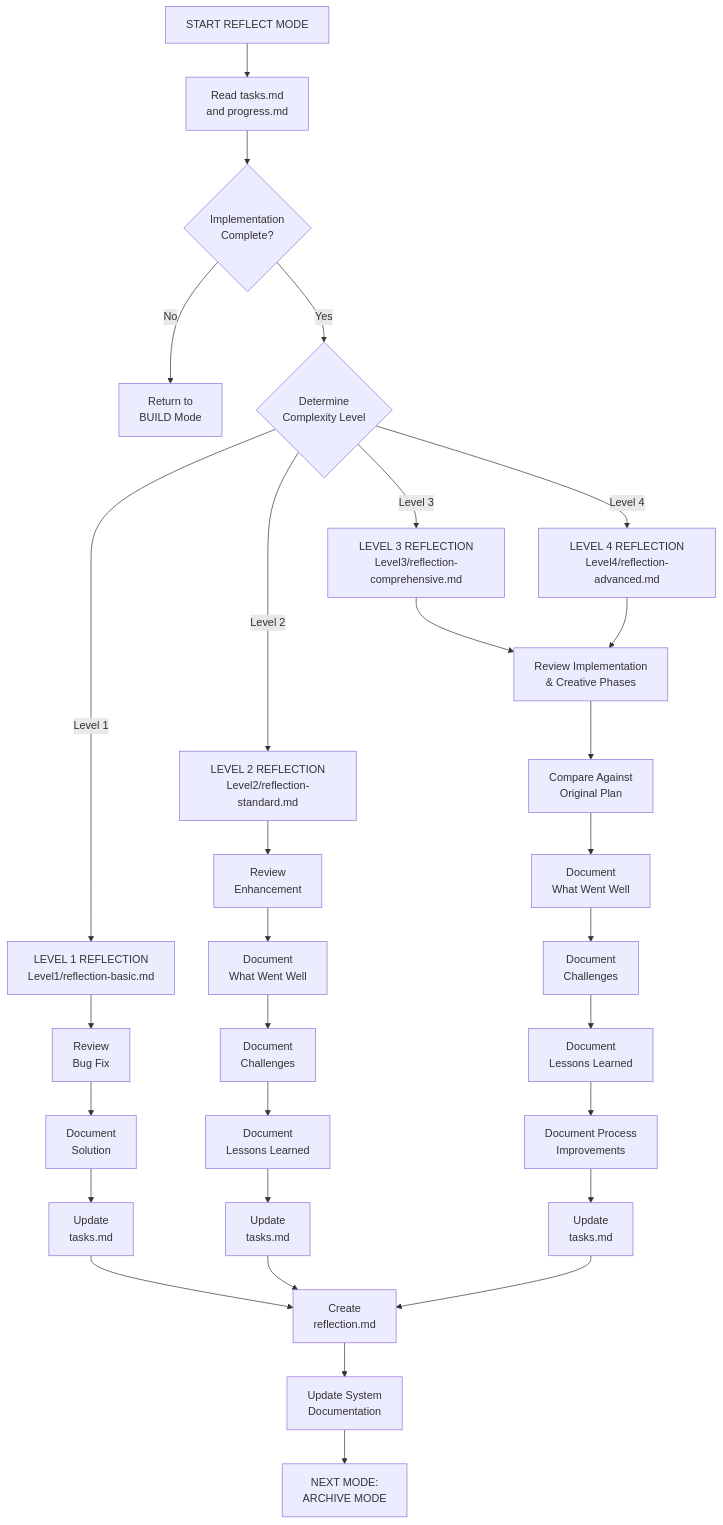
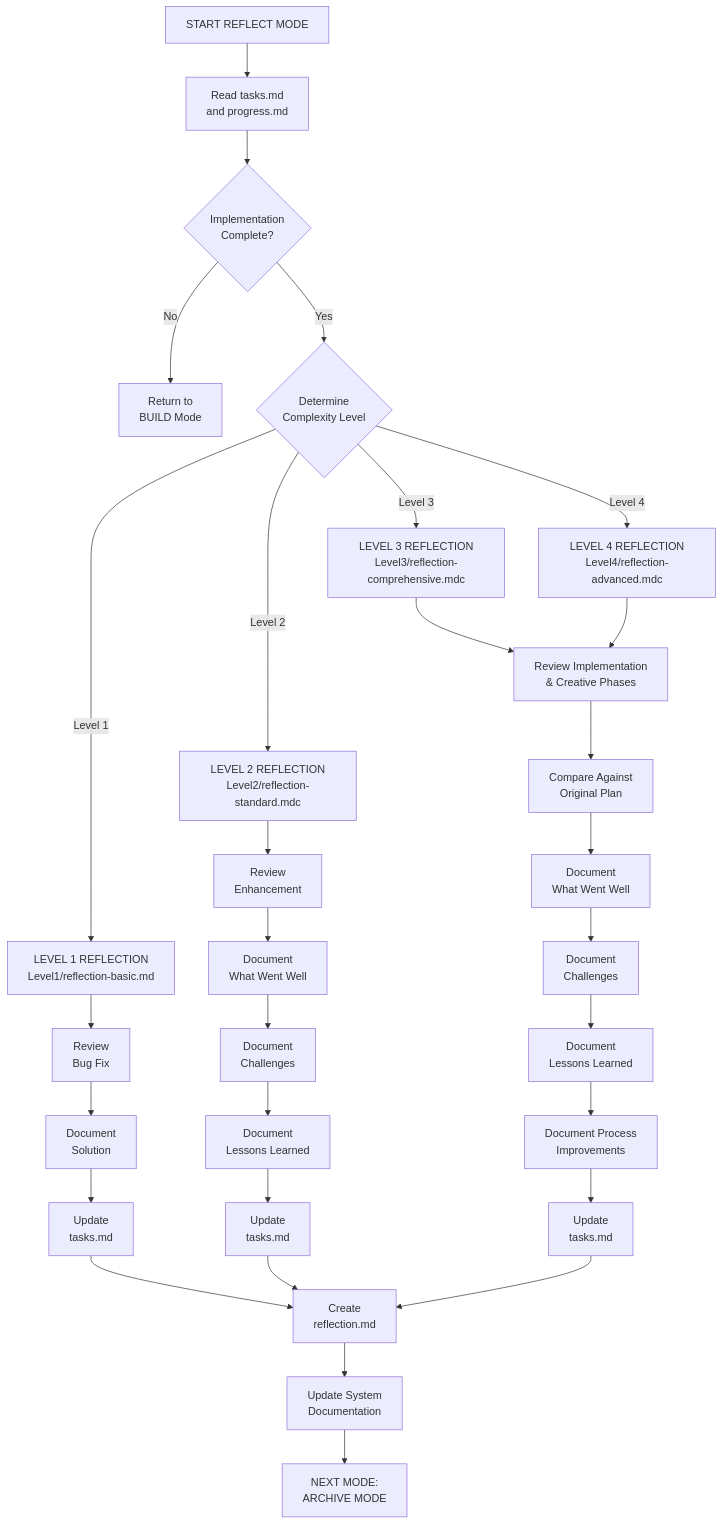
The first of 5 diagrams in rulesets/niko/niko/visual-maps/reflect-mode-map.mdc (Texarkanine/.cursor-rules), drawn with Mermaid before and after one commit. The commit also changed 6 other files, not shown here.

````diff
--- a/rulesets/niko/niko/visual-maps/reflect-mode-map.mdc
+++ b/rulesets/niko/niko/visual-maps/reflect-mode-map.mdc
@@ -13,41 +13,41 @@
 ```mermaid
 graph TD
     Start["START REFLECT MODE"] --> ReadTasks["Read tasks.md<br>and progress.md"]
     
     %% Initial Assessment
     ReadTasks --> VerifyImplement{"Implementation<br>Complete?"}
     VerifyImplement -->|"No"| ReturnBuild["Return to<br>BUILD Mode"]
     VerifyImplement -->|"Yes"| AssessLevel{"Determine<br>Complexity Level"}
     
     %% Level-Based Reflection
     AssessLevel -->|"Level 1"| L1Reflect["LEVEL 1 REFLECTION<br>Level1/reflection-basic.md"]
-    AssessLevel -->|"Level 2"| L2Reflect["LEVEL 2 REFLECTION<br>Level2/reflection-standard.md"]
-    AssessLevel -->|"Level 3"| L3Reflect["LEVEL 3 REFLECTION<br>Level3/reflection-comprehensive.md"]
-    AssessLevel -->|"Level 4"| L4Reflect["LEVEL 4 REFLECTION<br>Level4/reflection-advanced.md"]
+    AssessLevel -->|"Level 2"| L2Reflect["LEVEL 2 REFLECTION<br>Level2/reflection-standard.mdc"]
+    AssessLevel -->|"Level 3"| L3Reflect["LEVEL 3 REFLECTION<br>Level3/reflection-comprehensive.mdc"]
+    AssessLevel -->|"Level 4"| L4Reflect["LEVEL 4 REFLECTION<br>Level4/reflection-advanced.mdc"]
     
     %% Level 1 Reflection (Quick)
     L1Reflect --> L1Review["Review<br>Bug Fix"]
     L1Review --> L1Document["Document<br>Solution"]
     L1Document --> L1Update["Update<br>tasks.md"]
     
     %% Level 2 Reflection (Standard)
     L2Reflect --> L2Review["Review<br>Enhancement"]
     L2Review --> L2WWW["Document<br>What Went Well"]
     L2WWW --> L2Challenges["Document<br>Challenges"]
     L2Challenges --> L2Lessons["Document<br>Lessons Learned"]
     L2Lessons --> L2Update["Update<br>tasks.md"]
     
     %% Level 3-4 Reflection (Comprehensive)
     L3Reflect & L4Reflect --> L34Review["Review Implementation<br>& Creative Phases"]
     L34Review --> L34Plan["Compare Against<br>Original Plan"]
     L34Plan --> L34WWW["Document<br>What Went Well"]
     L34WWW --> L34Challenges["Document<br>Challenges"]
     L34Challenges --> L34Lessons["Document<br>Lessons Learned"]
     L34Lessons --> L34ImproveProcess["Document Process<br>Improvements"]
     L34ImproveProcess --> L34Update["Update<br>tasks.md"]
     
     %% Completion & Transition
     L1Update & L2Update & L34Update --> CreateReflection["Create<br>reflection.md"]
     CreateReflection --> UpdateSystem["Update System<br>Documentation"]
     UpdateSystem --> Transition["NEXT MODE:<br>ARCHIVE MODE"]
 ```
````
